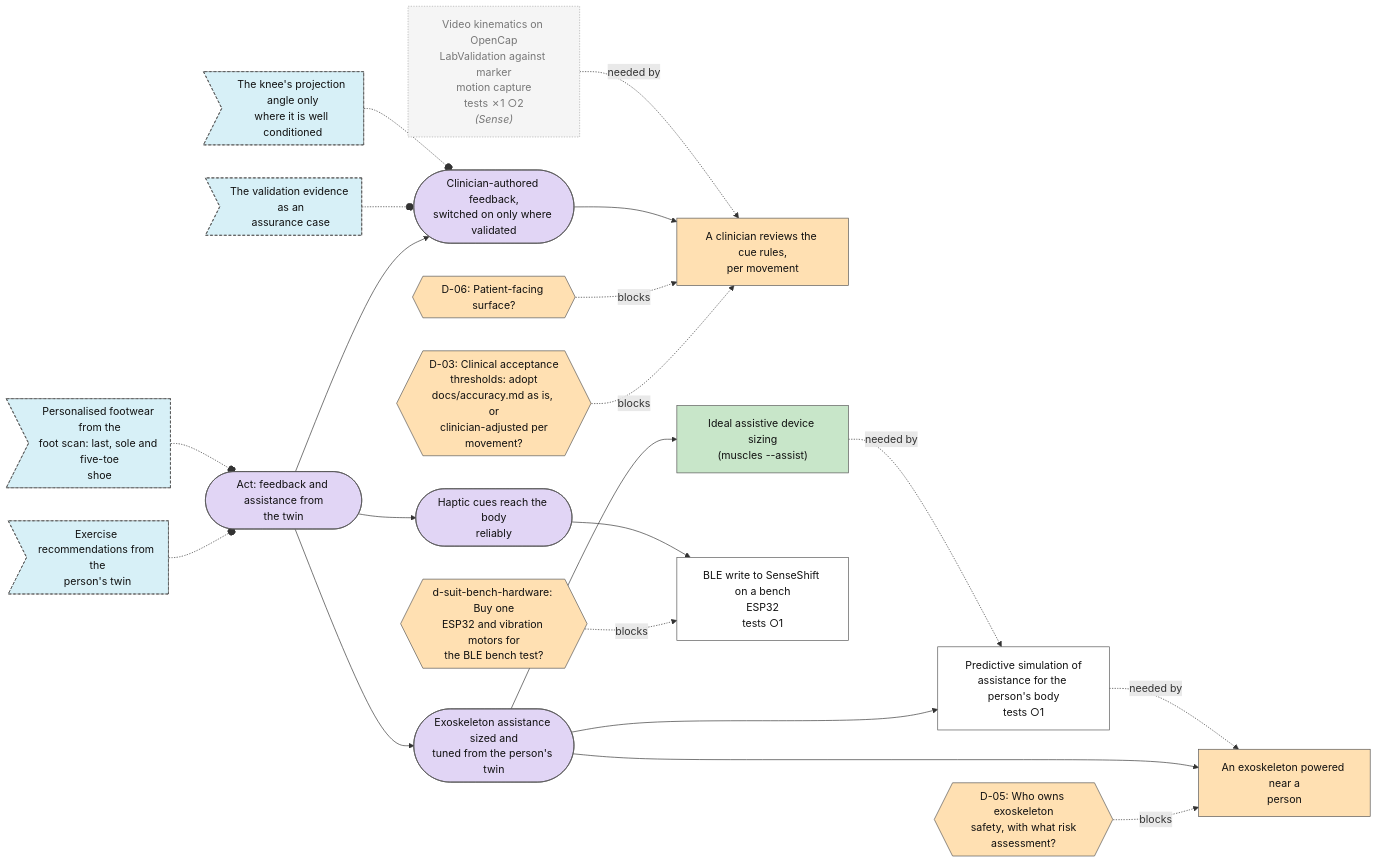
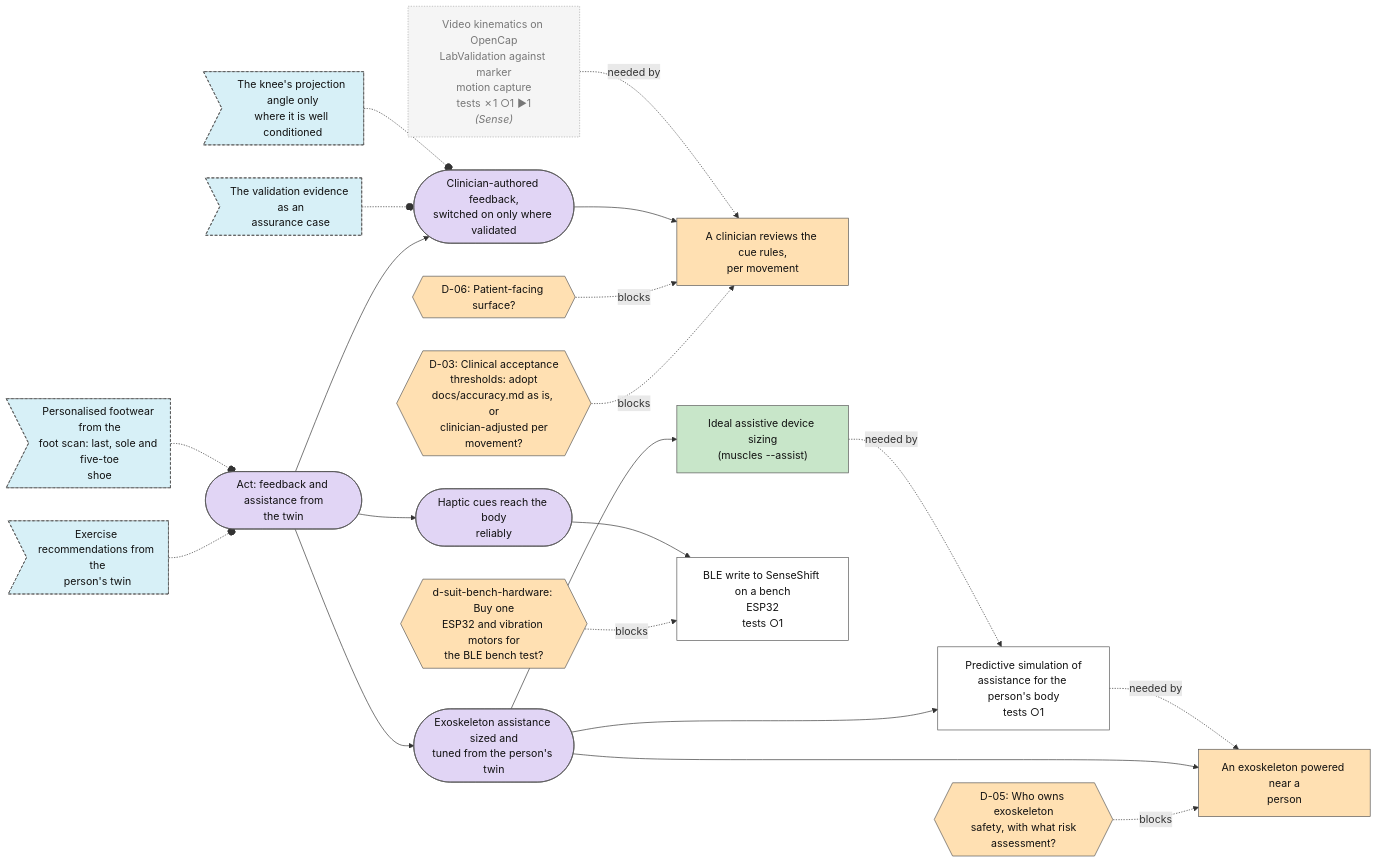
One commit to Sigurius23/Rehab-agent changed the sixth of 7 diagrams in plan/MAP.md. Above: the diagram before and after it, drawn with Mermaid. The commit also changed other lines of this file and 2 other files, not shown here.

````diff
--- a/plan/MAP.md
+++ b/plan/MAP.md
@@ -360,59 +360,59 @@
 ```mermaid
 flowchart LR
   n0{{"D-03: Clinical acceptance<br/>thresholds: adopt<br/>docs/accuracy.md as is, or<br/>clinician-adjusted per<br/>movement?"}}:::decision_open
   n1{{"D-05: Who owns exoskeleton<br/>safety, with what risk<br/>assessment?"}}:::decision_open
   n2{{"D-06: Patient-facing surface?"}}:::decision_open
   n3["A clinician reviews the cue rules,<br/>per movement"]:::step_blocked
   n4{{"d-suit-bench-hardware: Buy one<br/>ESP32 and vibration motors for<br/>the BLE bench test?"}}:::decision_open
   n5["Predictive simulation of<br/>assistance for the person's body<br/>tests ○1"]:::step_open
   n6["An exoskeleton powered near a<br/>person"]:::step_blocked
   n7["Ideal assistive device sizing<br/>(muscles --assist)"]:::step_done
   n8(["Clinician-authored feedback,<br/>switched on only where validated"]):::goal_open
   n9(["Exoskeleton assistance sized and<br/>tuned from the person's twin"]):::goal_open
   n10(["Haptic cues reach the body<br/>reliably"]):::goal_open
   n11>"The validation evidence as an<br/>assurance case"]:::idea_new
   n12>"Exercise recommendations from the<br/>person's twin"]:::idea_new
   n13>"The knee's projection angle only<br/>where it is well conditioned"]:::idea_new
   n14>"Personalised footwear from the<br/>foot scan: last, sole and five-toe<br/>shoe"]:::idea_new
   n15(["Act: feedback and assistance from<br/>the twin"]):::goal_open
   n16["BLE write to SenseShift on a bench<br/>ESP32<br/>tests ○1"]:::step_open
-  n17["Video kinematics on OpenCap<br/>LabValidation against marker<br/>motion capture<br/>tests ✗1 ○2<br/><i>(Sense)</i>"]:::external
+  n17["Video kinematics on OpenCap<br/>LabValidation against marker<br/>motion capture<br/>tests ✗1 ○1 ▶1<br/><i>(Sense)</i>"]:::external
   n0 -. blocks .-> n3
   n1 -. blocks .-> n6
   n2 -. blocks .-> n3
   n8 --> n3
   n17 -. needed by .-> n3
   n4 -. blocks .-> n16
   n9 --> n5
   n7 -. needed by .-> n5
   n9 --> n6
   n5 -. needed by .-> n6
   n9 --> n7
   n15 --> n8
   n15 --> n9
   n15 --> n10
   n11 -.-o n8
   n12 -.-o n15
   n13 -.-o n8
   n14 -.-o n15
   n10 --> n16
   classDef goal_open fill:#e1d5f5,stroke:#555,color:#111
   classDef goal_done fill:#c8e6c9,stroke:#555,color:#111
   classDef step_open fill:#ffffff,stroke:#555,color:#111
   classDef step_doing fill:#fff3c4,stroke:#555,color:#111
   classDef step_done fill:#c8e6c9,stroke:#555,color:#111
   classDef step_blocked fill:#ffe0b2,stroke:#555,color:#111
   classDef step_dropped fill:#eeeeee,stroke:#555,color:#111
   classDef test_planned fill:#ffffff,stroke:#555,color:#111
   classDef test_running fill:#fff3c4,stroke:#555,color:#111
   classDef test_passed fill:#c8e6c9,stroke:#555,color:#111
   classDef test_failed fill:#ffcdd2,stroke:#555,color:#111
   classDef test_mixed fill:#fff3c4,stroke:#555,color:#111
   classDef test_dropped fill:#eeeeee,stroke:#555,color:#111
   classDef idea_new fill:#d7f0f7,stroke:#555,color:#111,stroke-dasharray: 4 3
   classDef idea_promoted fill:#eeeeee,stroke:#555,color:#111,stroke-dasharray: 4 3
   classDef idea_dropped fill:#eeeeee,stroke:#555,color:#111,stroke-dasharray: 4 3
   classDef decision_open fill:#ffe0b2,stroke:#555,color:#111
   classDef decision_decided fill:#ffe0b2,stroke:#555,color:#111
   classDef external fill:#f5f5f5,stroke:#aaa,color:#777,stroke-dasharray: 2 2
 ```
````
